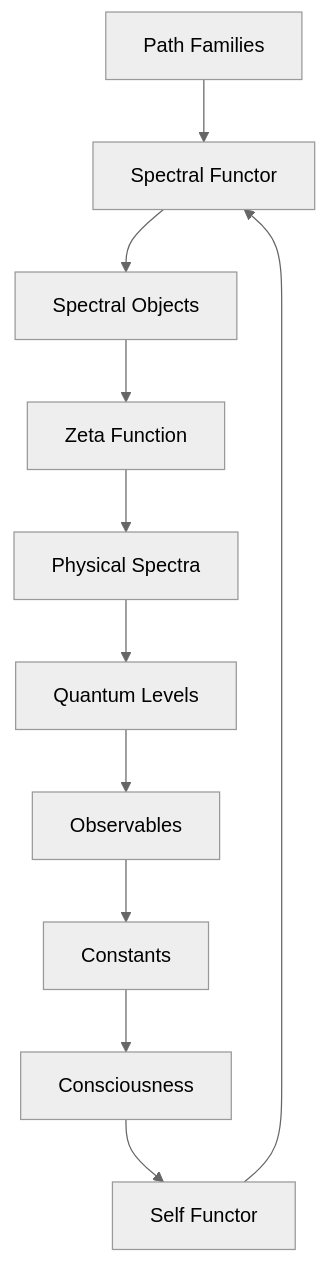
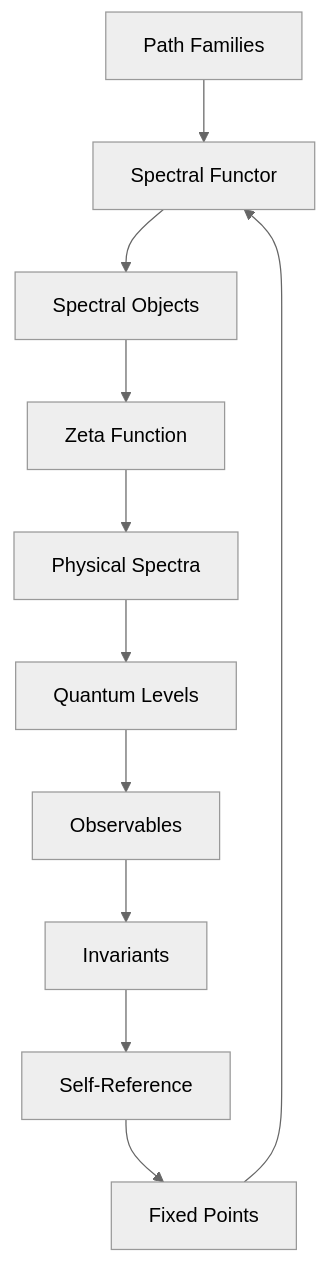
The second of 2 diagrams in docs/psi-structum/book-1-collapse-ontology/part-03-tensor-algebra/chapter-042-collapse-category-spectral-functor.md (loning/the-phys), drawn with Mermaid (neutral theme) before and after one commit. The commit also changed other lines of this file and 33 other files, not shown here.

````diff
--- a/docs/psi-structum/book-1-collapse-ontology/part-03-tensor-algebra/chapter-042-collapse-category-spectral-functor.md
+++ b/docs/psi-structum/book-1-collapse-ontology/part-03-tensor-algebra/chapter-042-collapse-category-spectral-functor.md
@@ -191,13 +199,13 @@
 ```mermaid
 graph TD
     A[Path Families] --> B[Spectral Functor]
     B --> C[Spectral Objects]
     C --> D[Zeta Function]
     D --> E[Physical Spectra]
     E --> F[Quantum Levels]
     F --> G[Observables]
-    G --> H[Constants]
-    H --> I[Consciousness]
-    I --> J[Self Functor]
+    G --> H[Invariants]
+    H --> I[Self-Reference]
+    I --> J[Fixed Points]
     J --> B
 ```
````
